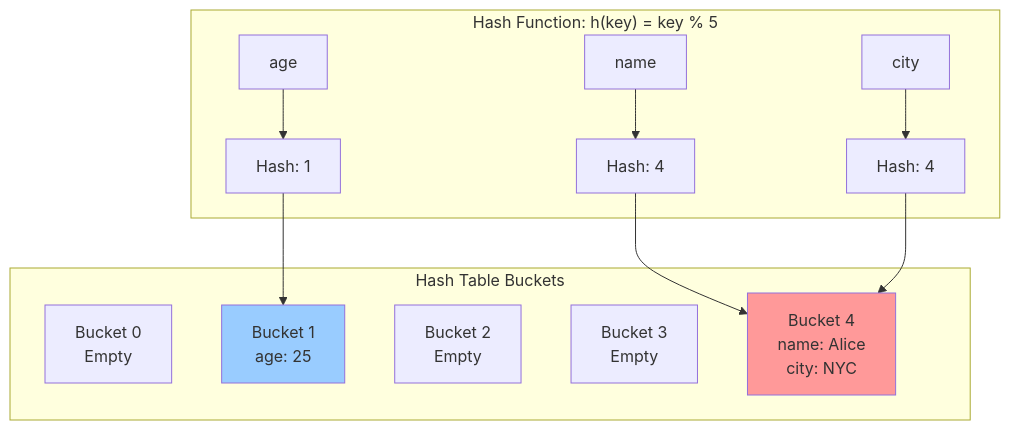
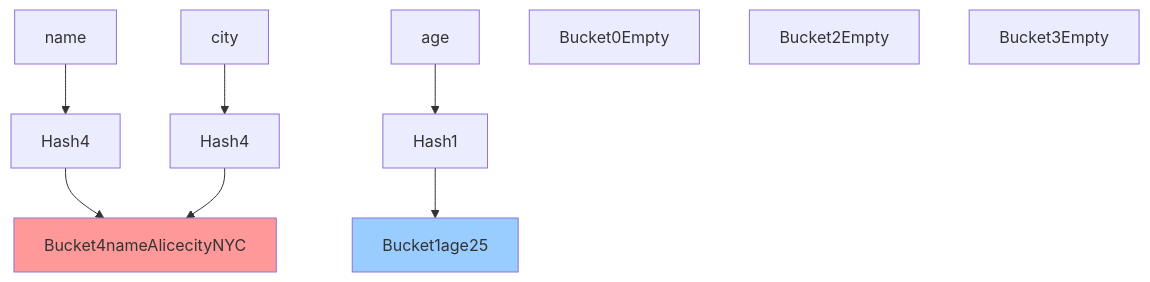
The first of 3 diagrams in _posts/2023-08-10-hashmap-overview.markdown (proxyroot/proxyroot.github.io), drawn with Mermaid before and after one commit. The commit also changed other lines of this file and 1 other file, not shown here.

````diff
--- a/_posts/2023-08-10-hashmap-overview.markdown
+++ b/_posts/2023-08-10-hashmap-overview.markdown
@@ -23,23 +23,19 @@
 ```mermaid
 graph TD
-    subgraph "Hash Function: h(key) = key % 5"
-        K1["name"] --> H1[Hash: 4]
-        K2["age"] --> H2[Hash: 1]
-        K3["city"] --> H3[Hash: 4]
-    end
+    K1[name] --> H1[Hash4]
+    K2[age] --> H2[Hash1]
+    K3[city] --> H3[Hash4]
     
-    subgraph "Hash Table Buckets"
-        B0[Bucket 0<br/>Empty]
-        B1[Bucket 1<br/>age: 25]
-        B2[Bucket 2<br/>Empty]
-        B3[Bucket 3<br/>Empty]
-        B4[Bucket 4<br/>name: Alice<br/>city: NYC]
-    end
+    B0[Bucket0Empty]
+    B1[Bucket1age25]
+    B2[Bucket2Empty]
+    B3[Bucket3Empty]
+    B4[Bucket4nameAlicecityNYC]
     
     H1 --> B4
     H2 --> B1
     H3 --> B4
     
     style B4 fill:#ff9999
     style B1 fill:#99ccff
 ```
````
